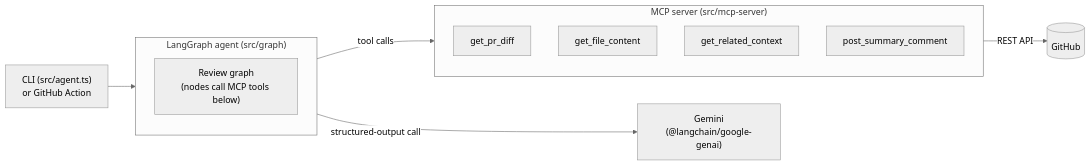
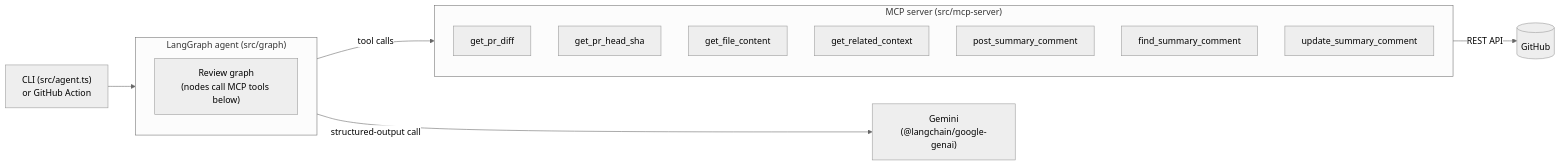
Before and after one commit to r671h/Code_Reviewer: the first of 2 diagrams in README.md, drawn with Mermaid (neutral theme). The commit also changed other lines of this file and 12 other files, not shown here.

````diff
--- a/README.md
+++ b/README.md
@@ -52,21 +52,24 @@
 ```mermaid
 flowchart LR
     CLI["CLI (src/agent.ts)\nor GitHub Action"] --> Graph
 
     subgraph Graph["LangGraph agent (src/graph)"]
         direction TB
         N["Review graph\n(nodes call MCP tools below)"]
     end
 
     subgraph MCP["MCP server (src/mcp-server)"]
         direction TB
         T1[get_pr_diff]
+        T0[get_pr_head_sha]
         T2[get_file_content]
         T3[get_related_context]
         T4[post_summary_comment]
+        T5[find_summary_comment]
+        T6[update_summary_comment]
     end
 
     Graph -- "tool calls" --> MCP
     MCP -- "REST API" --> GH[(GitHub)]
     Graph -- "structured-output call" --> LLM["Gemini\n(@langchain/google-genai)"]
 ```
````
